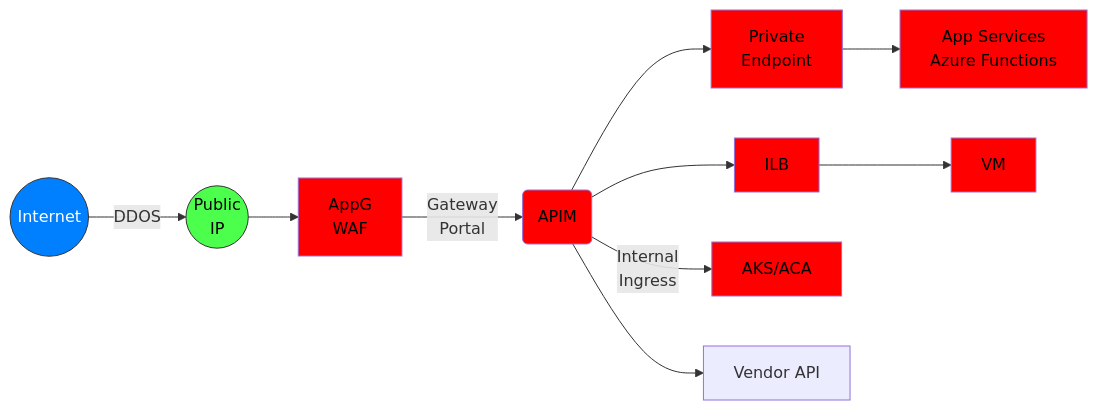
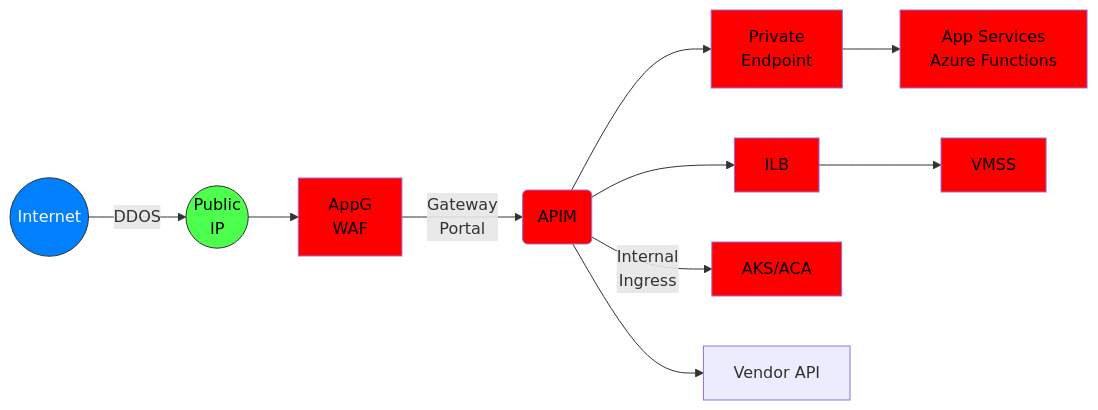
The third of 3 diagrams in README.md (msalemor/azure-apim-networking), drawn with Mermaid before and after one commit. The commit also changed other lines of this file, not shown here.

````diff
--- a/README.md
+++ b/README.md
@@ -71,18 +70,18 @@
 ```mermaid
 graph LR;
     A((Internet))--DDOS-->X((Public<br/>IP));
     X-->Z;
     Z[AppG<br/>WAF];
     Z--Gateway<br/>Portal-->B(APIM);
     B-->M[Private<br/>Endpoint];
     M-->C[App Services<br/>Azure Functions]
     B-->D[ILB];
-    D-->F[VM];
+    D-->F[VMSS];
     B--Internal<br/>Ingress-->E[AKS/ACA];
     B-->G[Vendor API]
     style A fill:#007FFF,stroke:#333,stroke-width:1px,color:#fff;    
     classDef unsafe fill:#4DFF4D,stroke:#333,stroke-width:1px,color:black;
     class X unsafe;
     classDef safe fill:red,color:black;
     class C,Z,B,D,F,E,M safe;
 ```
````
